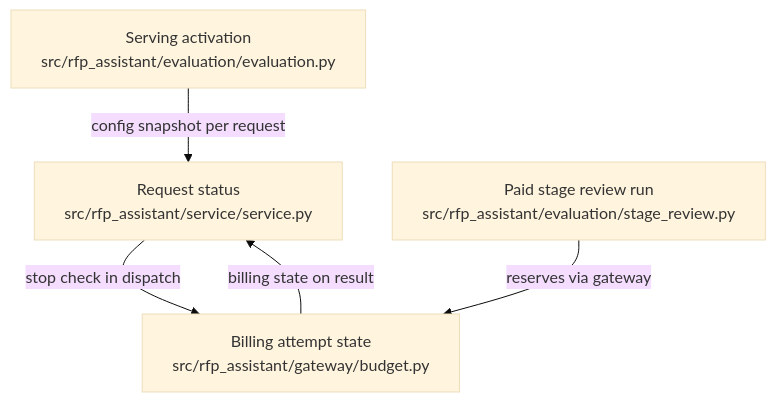
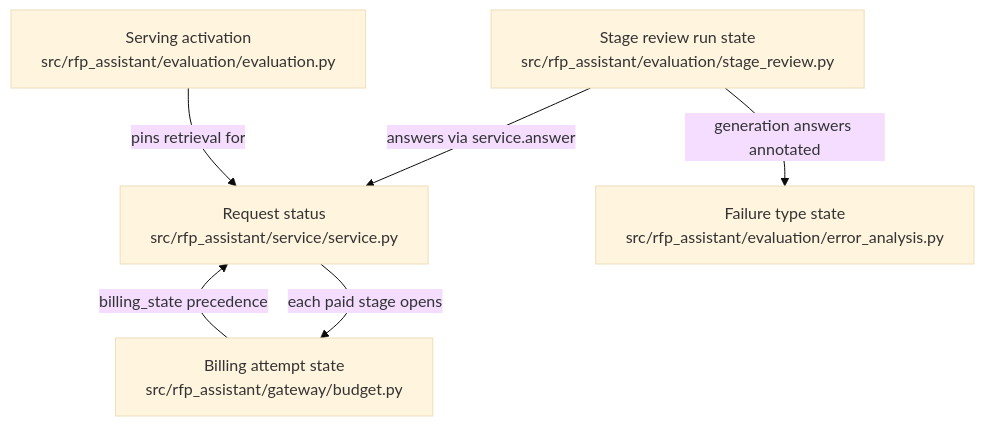
One commit to littleeeeebit/project-codeit-mid changed the diagram in .omm/state-transitions/diagram.mmd. Above: the diagram before and after it, drawn with Mermaid (base theme). The commit also changed 437 other files, not shown here.

```diff
--- a/.omm/state-transitions/diagram.mmd
+++ b/.omm/state-transitions/diagram.mmd
@@ -1,9 +1,11 @@
 graph TD
-  requests["Request status\nsrc/rfp_assistant/service/service.py"]
-  attempts["Billing attempt state\nsrc/rfp_assistant/gateway/budget.py"]
-  stagerun["Paid stage review run\nsrc/rfp_assistant/evaluation/stage_review.py"]
-  activation["Serving activation\nsrc/rfp_assistant/evaluation/evaluation.py"]
-  requests -->|stop check in dispatch| attempts
-  attempts -->|billing state on result| requests
-  stagerun -->|reserves via gateway| attempts
-  activation -->|config snapshot per request| requests
+  request-states["Request status\nsrc/rfp_assistant/service/service.py"]
+  attempt-states["Billing attempt state\nsrc/rfp_assistant/gateway/budget.py"]
+  review-run-states["Stage review run state\nsrc/rfp_assistant/evaluation/stage_review.py"]
+  taxonomy-states["Failure type state\nsrc/rfp_assistant/evaluation/error_analysis.py"]
+  serving-activation["Serving activation\nsrc/rfp_assistant/evaluation/evaluation.py"]
+  request-states -->|each paid stage opens| attempt-states
+  attempt-states -->|billing_state precedence| request-states
+  review-run-states -->|answers via service.answer| request-states
+  review-run-states -->|generation answers annotated| taxonomy-states
+  serving-activation -->|pins retrieval for| request-states
```
